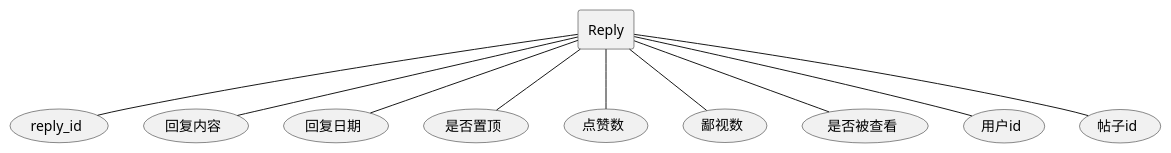
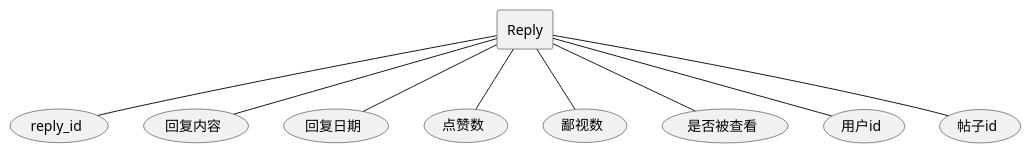
Before and after one commit to xiaokangxxs/notebook: diagram 22 of 31 in docs/UML/plantuml.md, drawn with PlantUML. The commit also changed other lines of this file and 9 other files, not shown here.

Commit message:
add sqoop and update uml

````diff
--- a/docs/UML/plantuml.md
+++ b/docs/UML/plantuml.md
@@ -445,14 +442,13 @@
 ```plantuml
 @startuml
 rectangle Reply
 Reply -- (reply_id)
 Reply -- (回复内容)
 Reply -- (回复日期)
-Reply -- (是否置顶)
 Reply -- (点赞数)
 Reply -- (鄙视数)
 Reply -- (是否被查看)
 Reply -- (用户id)
 Reply -- (帖子id)
 @enduml
 ```
````
